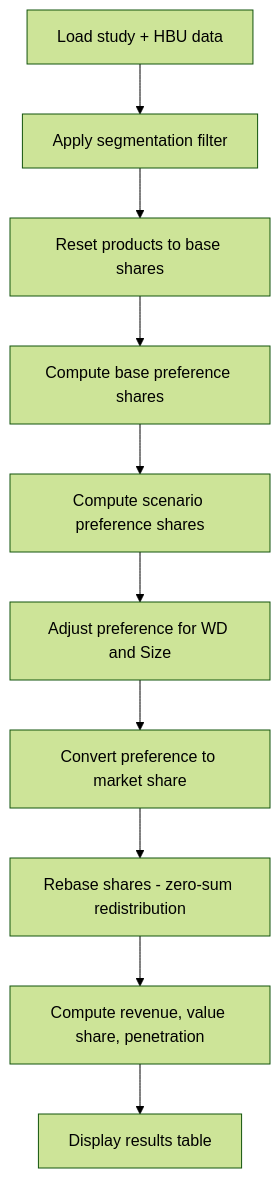
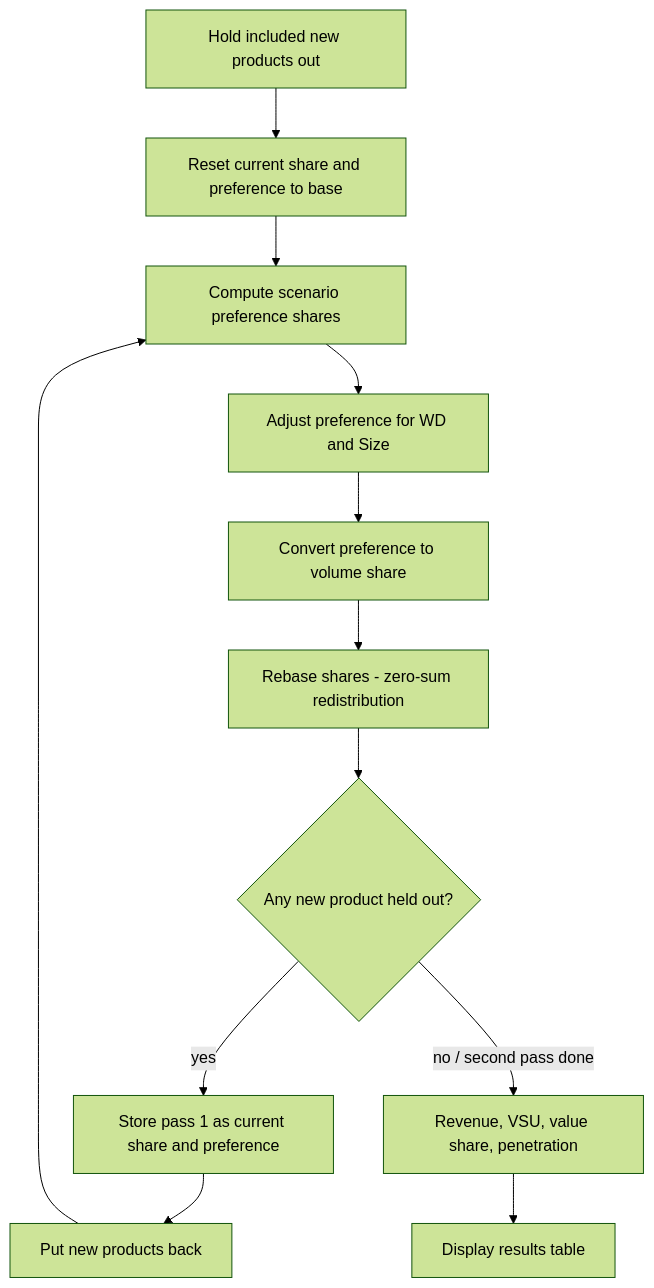
One commit to MarketeersBA/Marketeers-Library changed the diagram in Marketeers-Decisions/Calculations/legacy/MATHEMATICAL_MODEL.md. Above: the diagram before and after it, drawn with Mermaid (forest theme). The commit also changed other lines of this file, not shown here.

````diff
--- a/Marketeers-Decisions/Calculations/legacy/MATHEMATICAL_MODEL.md
+++ b/Marketeers-Decisions/Calculations/legacy/MATHEMATICAL_MODEL.md
@@ -56,12 +56,14 @@
 ```mermaid
 flowchart TD
-    A[Load study + HBU data] --> B[Apply segmentation filter]
-    B --> C[Reset products to base shares]
-    C --> D[Compute base preference shares]
-    D --> E[Compute scenario preference shares]
-    E --> F[Adjust preference for WD and Size]
-    F --> G[Convert preference to market share]
-    G --> H[Rebase shares - zero-sum redistribution]
-    H --> I[Compute revenue, value share, penetration]
-    I --> J[Display results table]
+    A[Hold included new products out] --> B[Reset current share and preference to base]
+    B --> C[Compute scenario preference shares]
+    C --> D[Adjust preference for WD and Size]
+    D --> E[Convert preference to volume share]
+    E --> F[Rebase shares - zero-sum redistribution]
+    F --> G{Any new product held out?}
+    G -- yes --> H[Store pass 1 as current share and preference]
+    H --> I[Put new products back]
+    I --> C
+    G -- no / second pass done --> J[Revenue, VSU, value share, penetration]
+    J --> K[Display results table]
 ```
````
